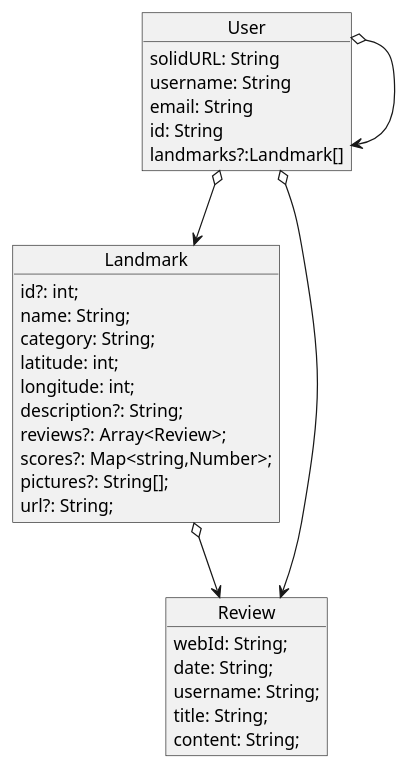
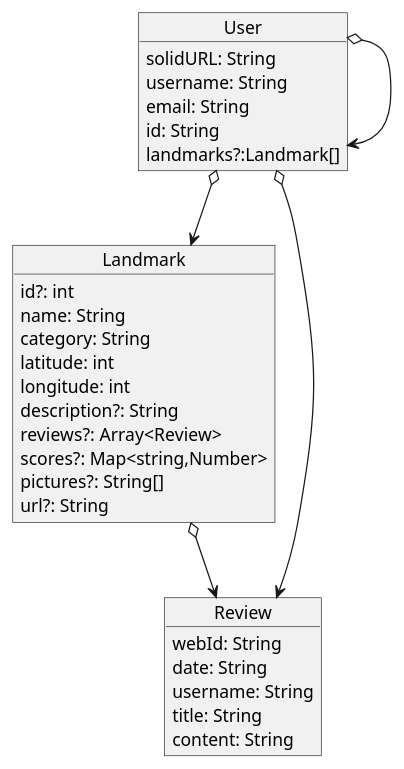
One commit to Arquisoft/lomap_en2b changed the diagram in docs/08_concepts.adoc. Above: the diagram before and after it, drawn with PlantUML.

Commit message:
Erased ; from types

```diff
--- a/docs/08_concepts.adoc
+++ b/docs/08_concepts.adoc
@@ -9,38 +9,38 @@
 [plantuml,"ConceptsDiagram",png]
 ----
 @startuml
 object User{
     solidURL: String
     username: String
     email: String
     id: String
     landmarks?:Landmark[]
 }
 
 object Landmark{
-    id?: int;
-    name: String;
-    category: String;
-    latitude: int;
-    longitude: int;
-    description?: String;
-    reviews?: Array<Review>;
-    scores?: Map<string,Number>;
-    pictures?: String[];
-    url?: String;
+    id?: int
+    name: String
+    category: String
+    latitude: int
+    longitude: int
+    description?: String
+    reviews?: Array<Review>
+    scores?: Map<string,Number>
+    pictures?: String[]
+    url?: String
 }
 
 object Review{
-    webId: String;
-    date: String;
-    username: String;
-    title: String;
-    content: String;
+    webId: String
+    date: String
+    username: String
+    title: String
+    content: String
 }
 
 User o--> User
 User o--> Landmark
 User o--> Review
 Landmark o--> Review
 @enduml
 ----
```
